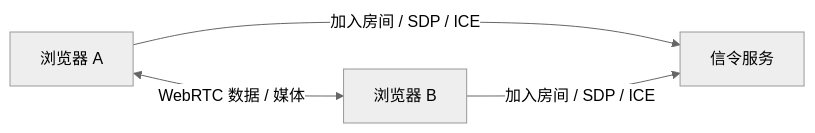
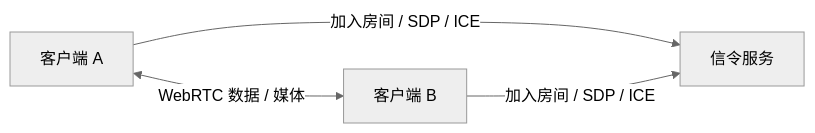
Before and after one commit to 99percentpeople/weblink: the diagram in README_CN.md, drawn with Mermaid (neutral theme). The commit also changed other lines of this file and 12 other files, not shown here.

````diff
--- a/README_CN.md
+++ b/README_CN.md
@@ -80,7 +121,7 @@
 ```mermaid
 flowchart LR
-    A[浏览器 A] -->|加入房间 / SDP / ICE| S[信令服务]
-    B[浏览器 B] -->|加入房间 / SDP / ICE| S
+    A[客户端 A] -->|加入房间 / SDP / ICE| S[信令服务]
+    B[客户端 B] -->|加入房间 / SDP / ICE| S
 
     A <-->|WebRTC 数据 / 媒体| B
 ```
````
